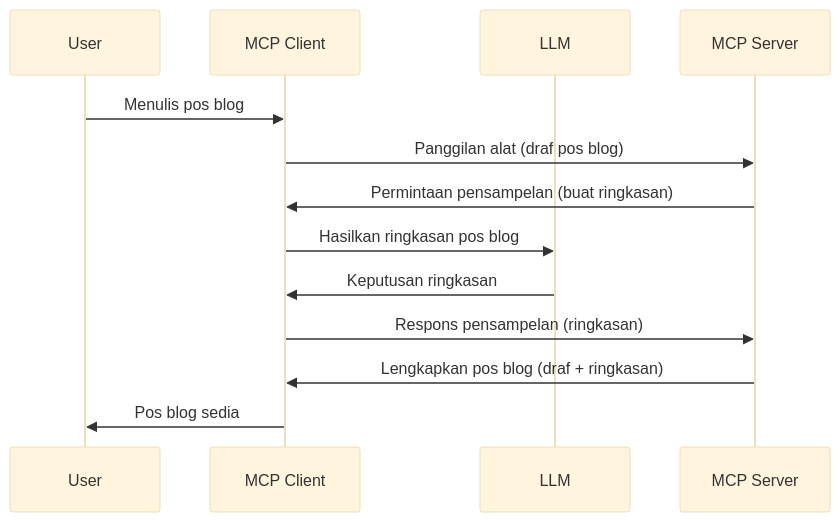
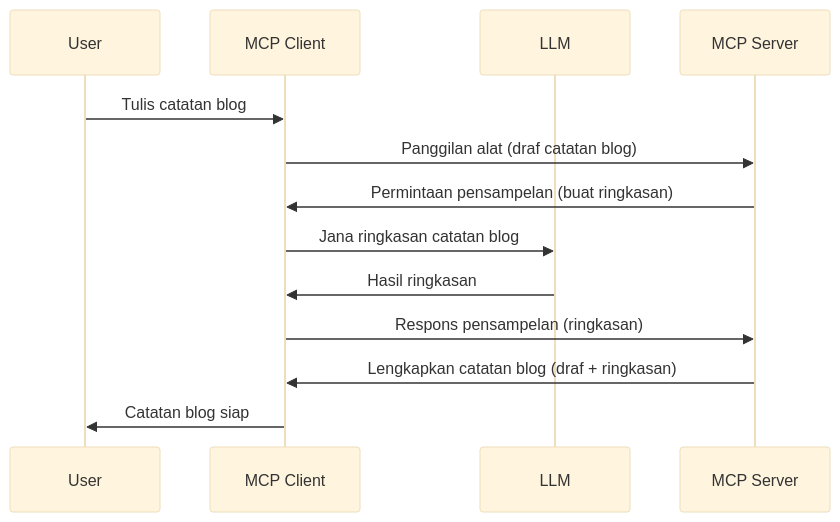
One commit to HIDORAKAI002/ai-workspace-archive changed the diagram in mcp_ecosystem__model_context_protocol/mcp_learning_resources/mcp-for-beginners/translations/ms/03-GettingStarted/14-sampling/README.md. Above: the diagram before and after it, drawn with Mermaid (base theme). The commit also changed other lines of this file and 1539 other files, not shown here.

````diff
--- a/mcp_ecosystem__model_context_protocol/mcp_learning_resources/mcp-for-beginners/translations/ms/03-GettingStarted/14-sampling/README.md
+++ b/mcp_ecosystem__model_context_protocol/mcp_learning_resources/mcp-for-beginners/translations/ms/03-GettingStarted/14-sampling/README.md
@@ -23,16 +23,16 @@
 ```mermaid
 sequenceDiagram
     participant User
     participant MCP Client
     participant LLM
     participant MCP Server
 
-    User->>MCP Client: Menulis pos blog
-    MCP Client->>MCP Server: Panggilan alat (draf pos blog)
+    User->>MCP Client: Tulis catatan blog
+    MCP Client->>MCP Server: Panggilan alat (draf catatan blog)
     MCP Server->>MCP Client: Permintaan pensampelan (buat ringkasan)
-    MCP Client->>LLM: Hasilkan ringkasan pos blog
-    LLM->>MCP Client: Keputusan ringkasan
+    MCP Client->>LLM: Jana ringkasan catatan blog
+    LLM->>MCP Client: Hasil ringkasan
     MCP Client->>MCP Server: Respons pensampelan (ringkasan)
-    MCP Server->>MCP Client: Lengkapkan pos blog (draf + ringkasan)
-    MCP Client->>User: Pos blog sedia
+    MCP Server->>MCP Client: Lengkapkan catatan blog (draf + ringkasan)
+    MCP Client->>User: Catatan blog siap
 ```
````
